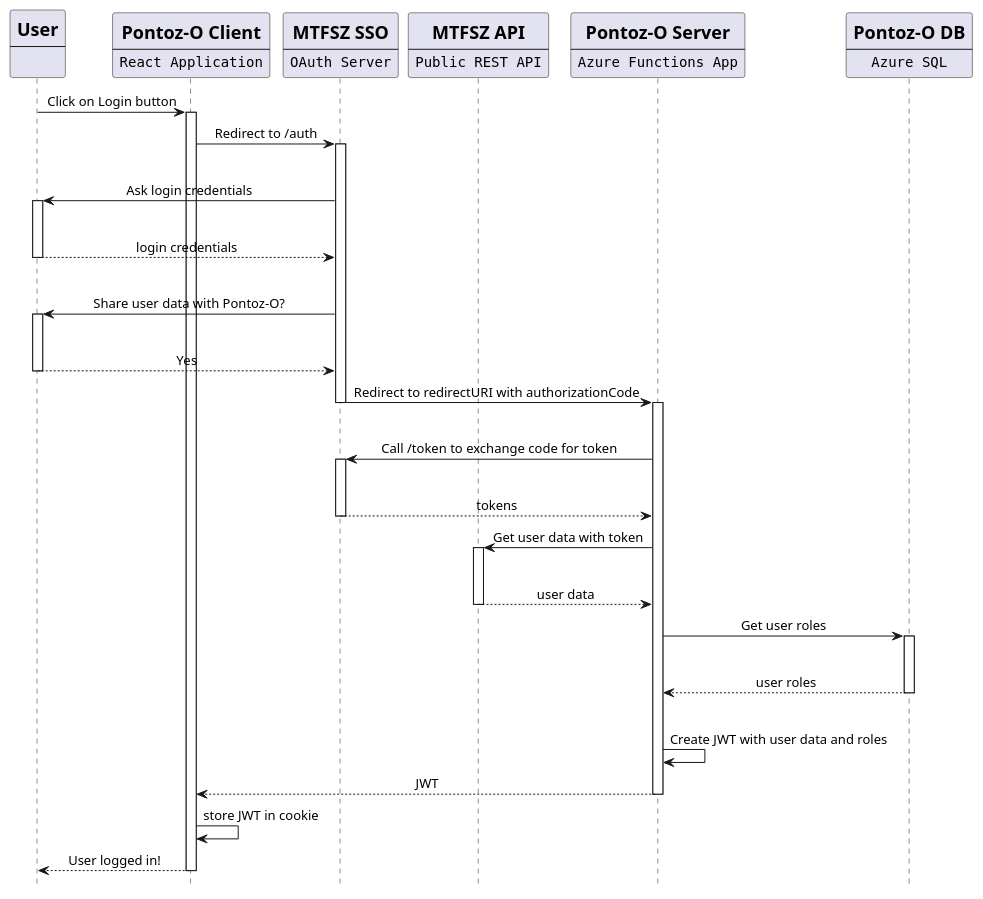
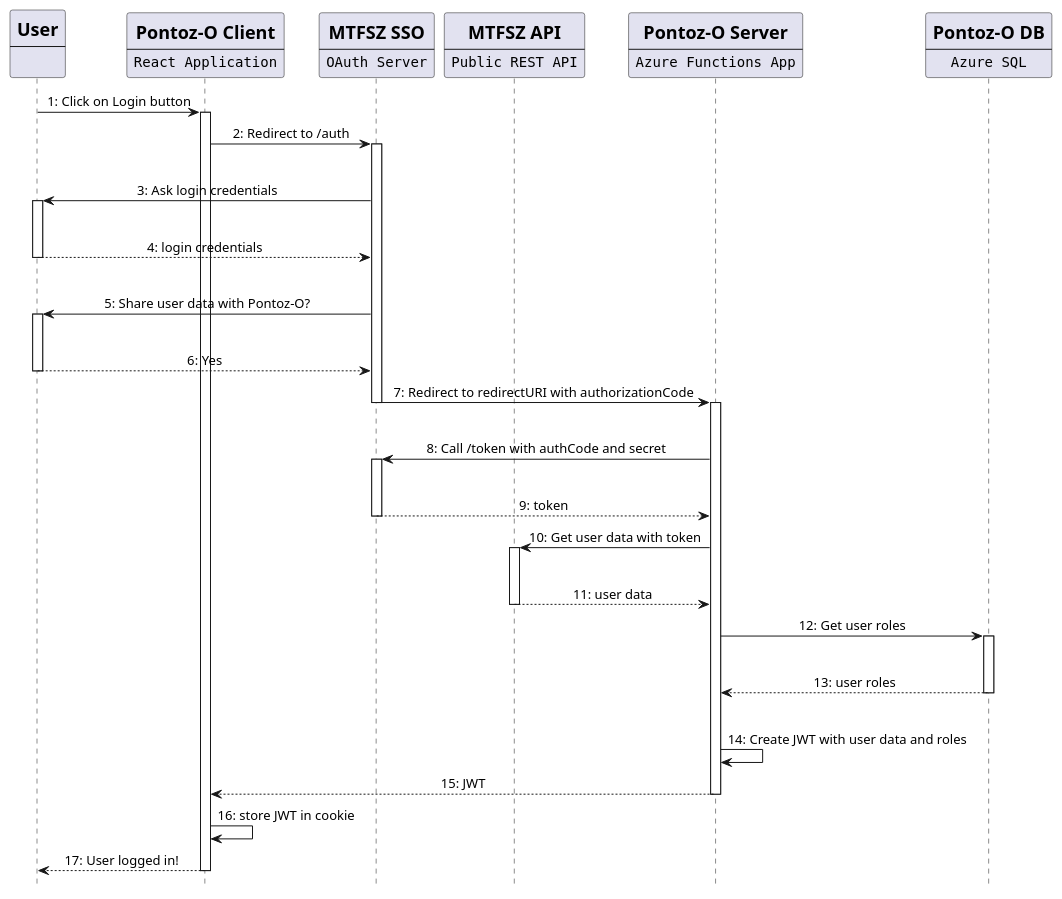
The diagram in docs/authCode.puml (Tschonti/pontozo), drawn with PlantUML before and after one commit. The commit also changed 7 other files, not shown here.

Commit message:
new graphs, disable timer functions, update readme

```diff
--- a/docs/authCode.puml
+++ b/docs/authCode.puml
@@ -1,66 +1,66 @@
 @startuml Pontoz-O Authentication Flow
 hide footbox
 skinparam sequenceMessageAlign center
 participant user[
     =User
     ----
     """"
 ]
 
 participant webapp[
     =Pontoz-O Client
     ----
     ""React Application""
 ]
 
 participant mauth[
     =MTFSZ SSO
     ----
     ""OAuth Server""
 ]
 
 participant mapi[
     =MTFSZ API
     ----
     ""Public REST API""
 ]
 
 participant funcapp[
     =Pontoz-O Server
     ----
     ""Azure Functions App""
 ]
 
 participant db[
     =Pontoz-O DB
     ----
     ""Azure SQL""
 ]
 
-user -> webapp ++: Click on Login button
-webapp -> mauth ++: Redirect to /auth
+user -> webapp ++: 1: Click on Login button
+webapp -> mauth ++: 2: Redirect to /auth
 |||
-mauth -> user ++: Ask login credentials
+mauth -> user ++: 3: Ask login credentials
 |||
-return login credentials
+return 4: login credentials
 |||
-mauth -> user++: Share user data with Pontoz-O?
+mauth -> user++: 5: Share user data with Pontoz-O?
 |||
-return Yes
-mauth -> funcapp --++: Redirect to redirectURI with authorizationCode
+return 6: Yes
+mauth -> funcapp --++: 7: Redirect to redirectURI with authorizationCode
 |||
-funcapp -> mauth++: Call /token to exchange code for token
+funcapp -> mauth++: 8: Call /token with authCode and secret
 |||
-return tokens
-funcapp -> mapi ++: Get user data with token
+return 9: token
+funcapp -> mapi ++: 10: Get user data with token
 |||
-return user data
-funcapp -> db ++: Get user roles
+return 11: user data
+funcapp -> db ++: 12: Get user roles
 |||
-return user roles
+return 13: user roles
 |||
-funcapp -> funcapp: Create JWT with user data and roles
-funcapp --> webapp--: JWT
-webapp -> webapp: store JWT in cookie
-return User logged in!
+funcapp -> funcapp: 14: Create JWT with user data and roles
+funcapp --> webapp--: 15: JWT
+webapp -> webapp: 16: store JWT in cookie
+return 17: User logged in!
 @enduml
```
